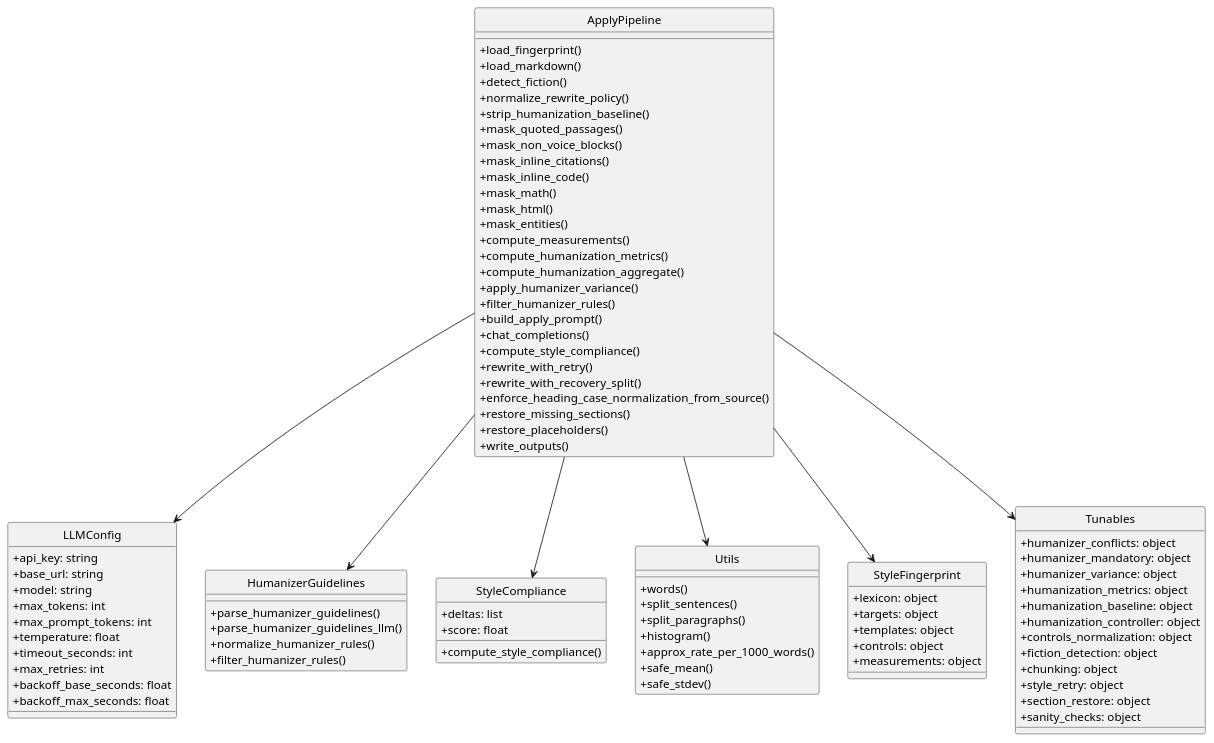
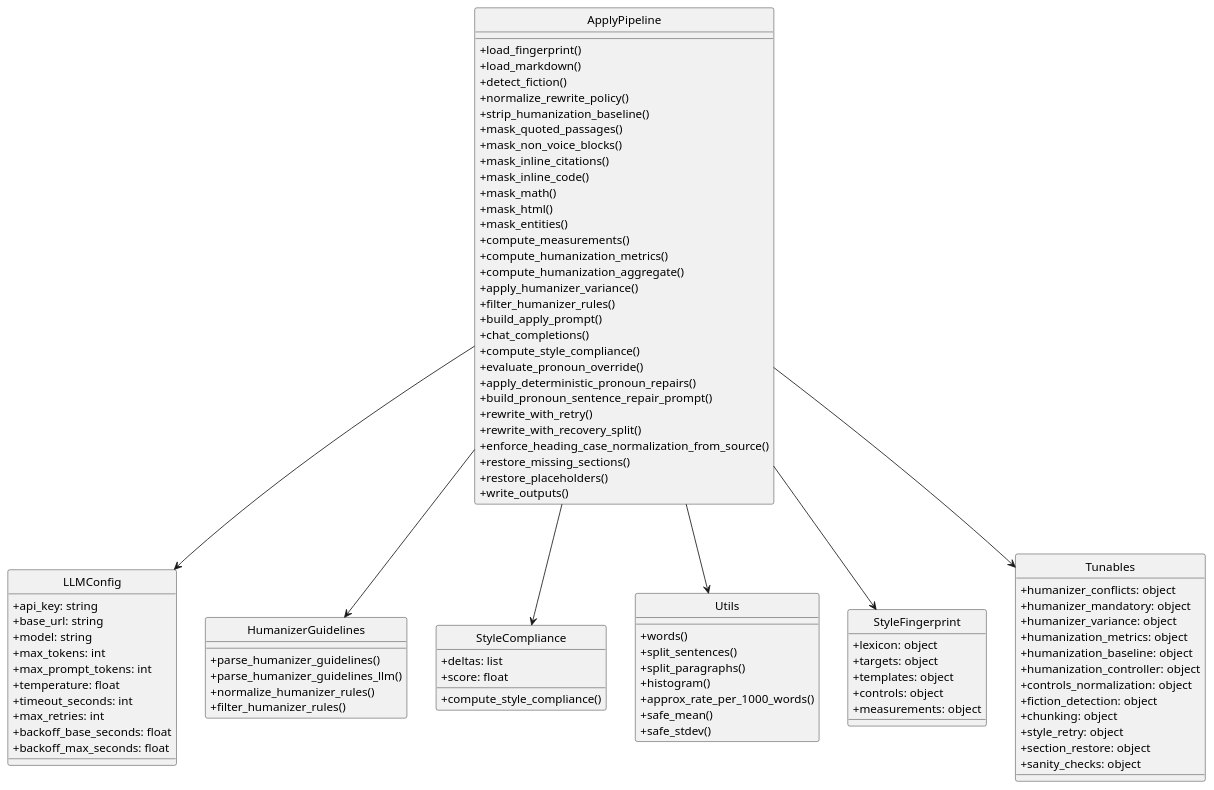
One commit to ngpepin/stylometric-transfer changed the first of 5 diagrams in UML-Apply.md. Above: the diagram before and after it, drawn with PlantUML. The commit also changed other lines of this file and 8 other files, not shown here.

```diff
--- a/UML-Apply.md
+++ b/UML-Apply.md
@@ -42,6 +42,9 @@
   +build_apply_prompt()
   +chat_completions()
   +compute_style_compliance()
+  +evaluate_pronoun_override()
+  +apply_deterministic_pronoun_repairs()
+  +build_pronoun_sentence_repair_prompt()
   +rewrite_with_retry()
   +rewrite_with_recovery_split()
   +enforce_heading_case_normalization_from_source()
```
